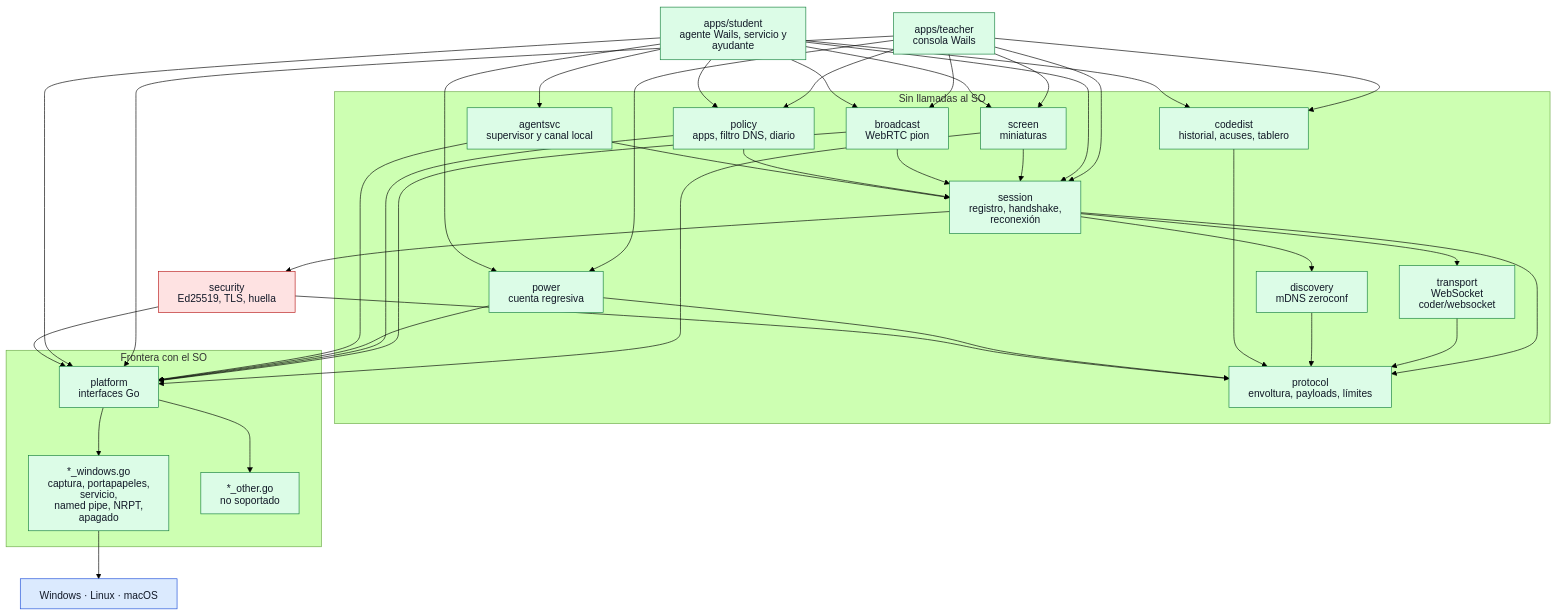
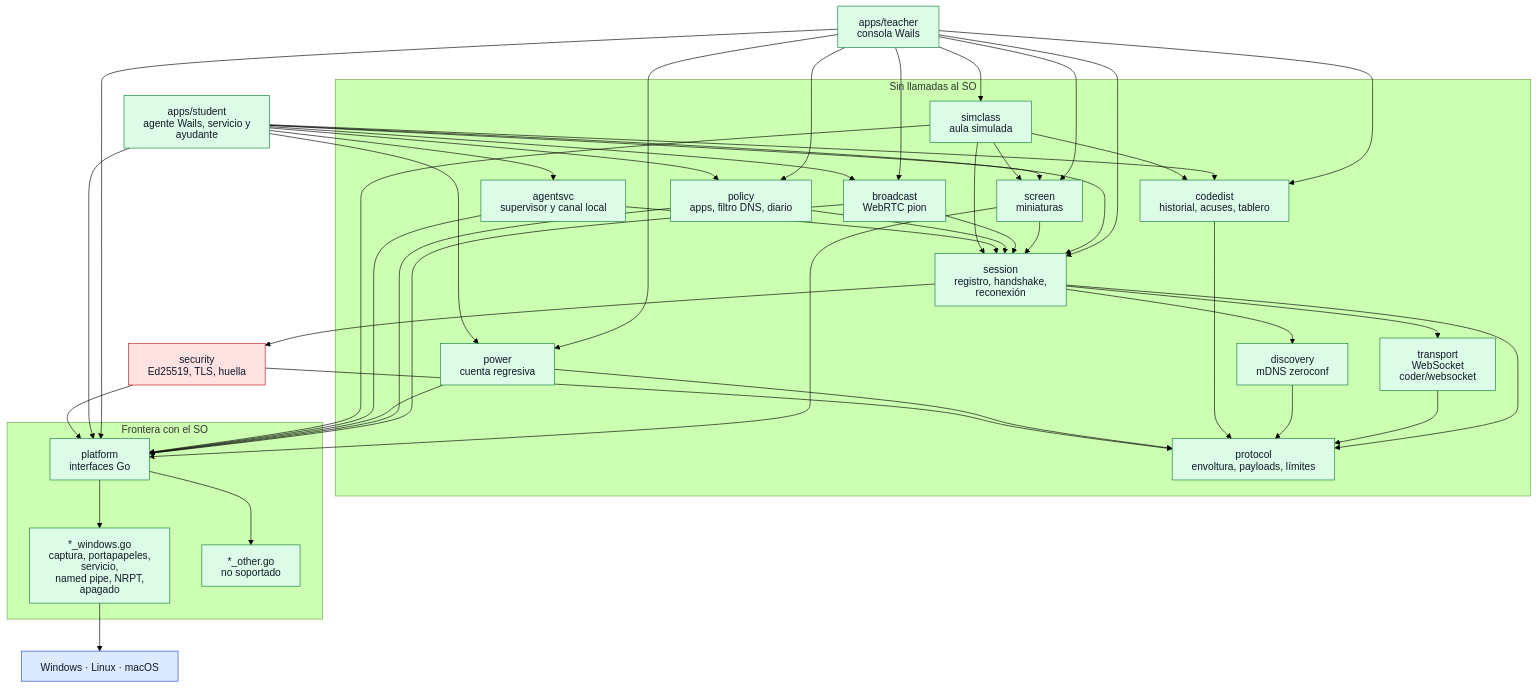
The diagram in docs/v1/diagramas/02-componentes.md (bayalad7/aula), drawn with Mermaid (forest theme) before and after one commit. The commit also changed other lines of this file and 10 other files, not shown here.

First line of the commit message:
documentacion(docs): documenta el aula simulada, sus reglas de privacidad y el diagrama 10

````diff
--- a/docs/v1/diagramas/02-componentes.md
+++ b/docs/v1/diagramas/02-componentes.md
@@ -13,52 +13,54 @@
 ```mermaid
 %%{init: {"htmlLabels": false, "flowchart": {"htmlLabels": false}}}%%
 flowchart TB
     teacher["apps/teacher<br/>consola Wails"]
     student["apps/student<br/>agente Wails, servicio y ayudante"]
 
     subgraph sinso["Sin llamadas al SO"]
         session["session<br/>registro, handshake, reconexión"]
         transport["transport<br/>WebSocket coder/websocket"]
         discovery["discovery<br/>mDNS zeroconf"]
         protocol["protocol<br/>envoltura, payloads, límites"]
         codedist["codedist<br/>historial, acuses, tablero"]
         screen["screen<br/>miniaturas"]
         broadcast["broadcast<br/>WebRTC pion"]
         policy["policy<br/>apps, filtro DNS, diario"]
         power["power<br/>cuenta regresiva"]
         agentsvc["agentsvc<br/>supervisor y canal local"]
+        simclass["simclass<br/>aula simulada"]
     end
 
     security["security<br/>Ed25519, TLS, huella"]
 
     subgraph so["Frontera con el SO"]
         platform["platform<br/>interfaces Go"]
         win["*_windows.go<br/>captura, portapapeles, servicio,<br/>named pipe, NRPT, apagado"]
         other["*_other.go<br/>no soportado"]
     end
 
     sistema["Windows · Linux · macOS"]
 
-    teacher --> session & codedist & screen & broadcast & policy & power & platform
+    teacher --> session & codedist & screen & broadcast & policy & power & simclass & platform
     student --> session & codedist & screen & broadcast & policy & power & agentsvc & platform
     session --> transport & discovery & security & protocol
     transport --> protocol
     discovery --> protocol
     codedist --> protocol
     screen --> session & platform
     broadcast --> session & platform
     policy --> session & platform
     power --> platform & protocol
     agentsvc --> session & platform
+    simclass --> session & codedist & screen & platform
     security --> platform & protocol
     platform --> win & other
     win --> sistema
 
     classDef externo fill:#dbeafe,stroke:#1d4ed8,color:#111827
     classDef aula fill:#dcfce7,stroke:#15803d,color:#111827
     classDef datos fill:#ffedd5,stroke:#c2410c,color:#111827
     classDef seguridad fill:#fee2e2,stroke:#b91c1c,color:#111827
-    class teacher,student,session,transport,discovery,protocol,codedist,screen,broadcast,policy,power,agentsvc,platform,win,other aula
+    class teacher,student,session,transport,discovery,protocol,codedist,screen,broadcast,policy,power,agentsvc,simclass,platform,win,other aula
     class security seguridad
     class sistema externo
 ```
````
